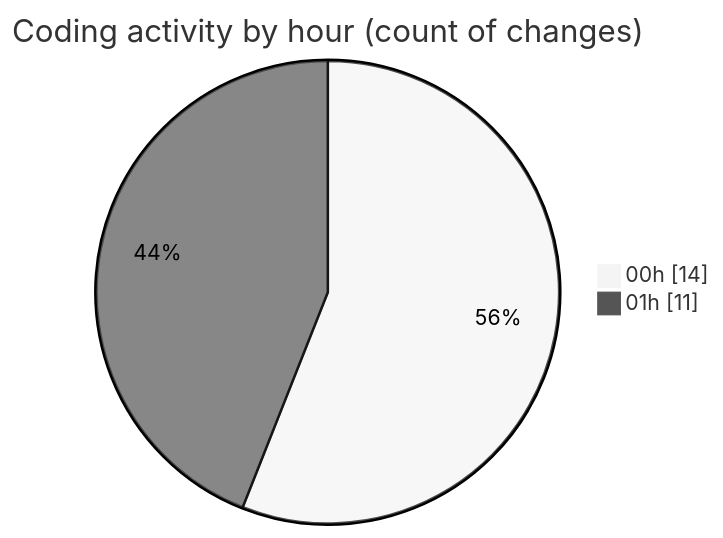
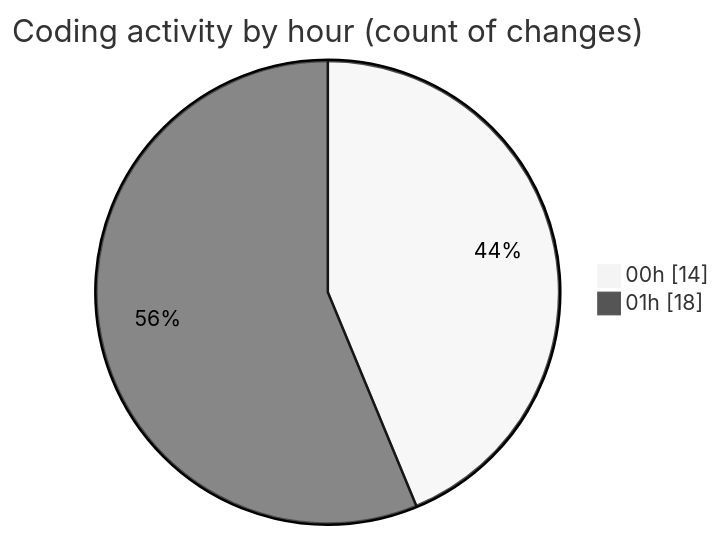
The second of 2 diagrams in 2025-06-23/studio-backend/README.md (idhammustaqopulfikri/code-tracking), drawn with Mermaid (neutral theme) before and after one commit. The commit also changed other lines of this file and 1 other file, not shown here.

````diff
--- a/2025-06-23/studio-backend/README.md
+++ b/2025-06-23/studio-backend/README.md
@@ -29,6 +29,6 @@
 ```mermaid
 pie showData
 title Coding activity by hour (count of changes)
 "00h" : 14
-"01h" : 11
+"01h" : 18
 ```
````
